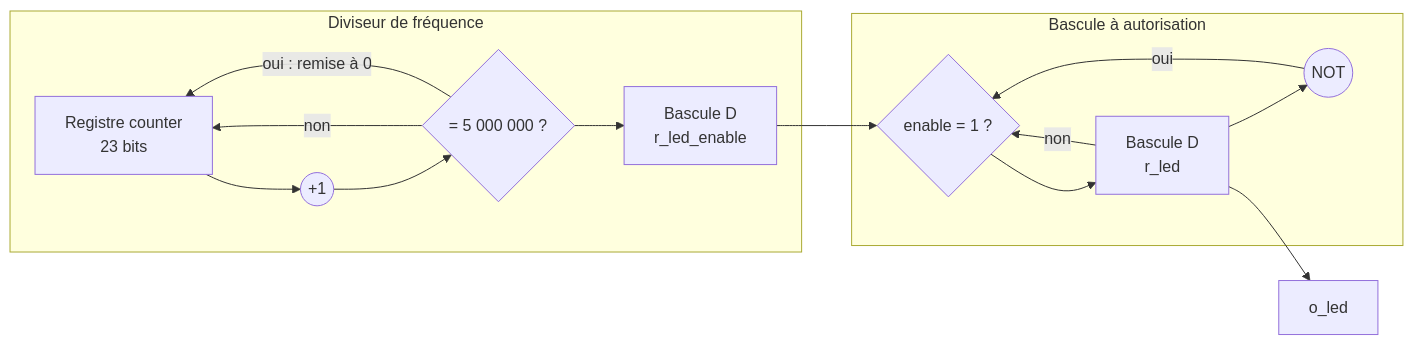
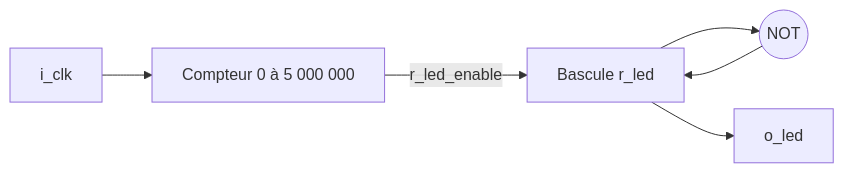
Before and after one commit to aminemegderENSEA/2627_2A_FPGA_MEGDER_HAJJI-LAAMOURI: the second of 3 diagrams in README.md, drawn with Mermaid. The commit also changed other lines of this file, not shown here.

````diff
--- a/README.md
+++ b/README.md
@@ -184,18 +125,7 @@
 ```mermaid
 flowchart LR
-    subgraph Diviseur de fréquence
-        CNT["Registre counter<br/>23 bits"] --> ADD((+1))
-        ADD --> MUX1{"= 5 000 000 ?"}
-        MUX1 -->|non| CNT
-        MUX1 -->|oui : remise à 0| CNT
-        MUX1 --> EN["Bascule D<br/>r_led_enable"]
-    end
-    subgraph Bascule à autorisation
-        EN --> MUX2{"enable = 1 ?"}
-        LED["Bascule D<br/>r_led"] --> NOT((NOT))
-        NOT -->|oui| MUX2
-        LED -->|non| MUX2
-        MUX2 --> LED
-    end
+    CLK[i_clk] --> CNT["Compteur 0 à 5 000 000"]
+    CNT -->|r_led_enable| LED["Bascule r_led"]
+    LED --> INV((NOT)) --> LED
     LED --> OUT[o_led]
 ```
````
